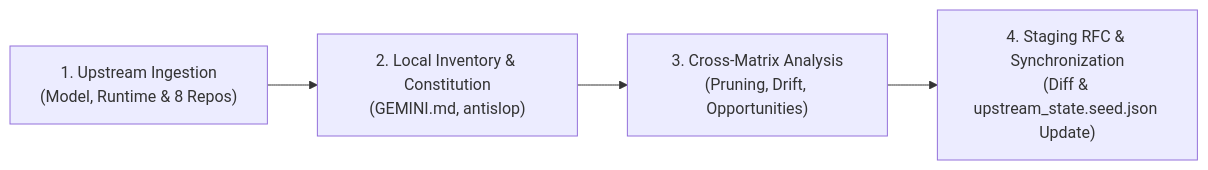
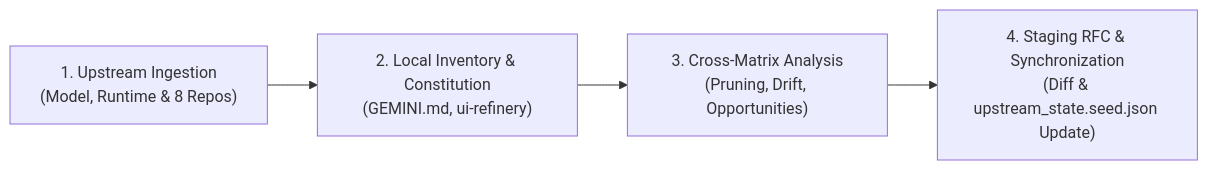
The diagram in skills/upstream-auditor/SKILL.md (hadbilen/antigravity-harness), drawn with Mermaid before and after one commit. The commit also changed other lines of this file and 110 other files, not shown here.

````diff
--- a/skills/upstream-auditor/SKILL.md
+++ b/skills/upstream-auditor/SKILL.md
@@ -49,6 +49,6 @@
 ```mermaid
 flowchart LR
-    P1["1. Upstream Ingestion<br/>(Model, Runtime & 8 Repos)"] --> P2["2. Local Inventory & Constitution<br/>(GEMINI.md, antislop)"]
+    P1["1. Upstream Ingestion<br/>(Model, Runtime & 8 Repos)"] --> P2["2. Local Inventory & Constitution<br/>(GEMINI.md, ui-refinery)"]
     P2 --> P3["3. Cross-Matrix Analysis<br/>(Pruning, Drift, Opportunities)"]
     P3 --> P4["4. Staging RFC & Synchronization<br/>(Diff & upstream_state.seed.json Update)"]
 ```
````
